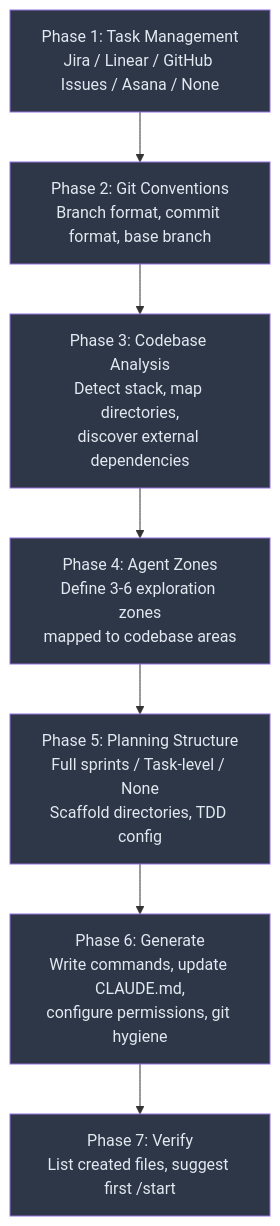
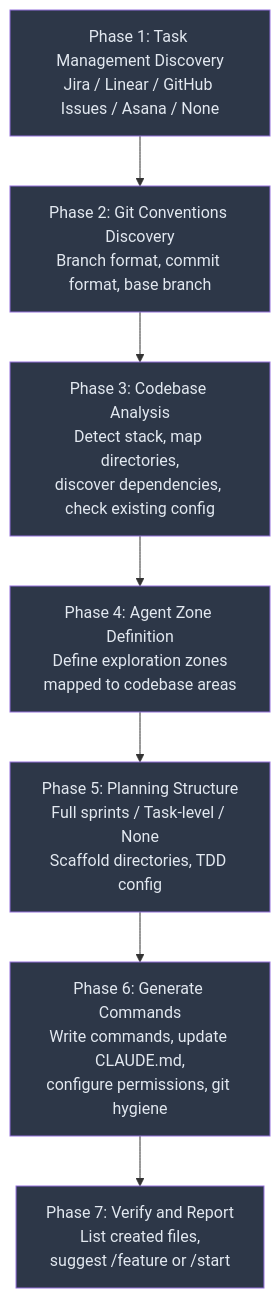
The second of 6 diagrams in README.md (StudioMopoke/agentic-bootstrap), drawn with Mermaid before and after one commit. The commit also changed other lines of this file and 1 other file, not shown here.

First line of the commit message:
Fix consistency issues and sharpen /feature vs /discuss boundary

````diff
--- a/README.md
+++ b/README.md
@@ -74,20 +74,20 @@
 ```mermaid
 flowchart TD
-    P1["Phase 1: Task Management\nJira / Linear / GitHub Issues / Asana / None"]
-    P2["Phase 2: Git Conventions\nBranch format, commit format, base branch"]
-    P3["Phase 3: Codebase Analysis\nDetect stack, map directories,\ndiscover external dependencies"]
-    P4["Phase 4: Agent Zones\nDefine 3-6 exploration zones\nmapped to codebase areas"]
+    P1["Phase 1: Task Management Discovery\nJira / Linear / GitHub Issues / Asana / None"]
+    P2["Phase 2: Git Conventions Discovery\nBranch format, commit format, base branch"]
+    P3["Phase 3: Codebase Analysis\nDetect stack, map directories,\ndiscover dependencies, check existing config"]
+    P4["Phase 4: Agent Zone Definition\nDefine exploration zones\nmapped to codebase areas"]
     P5["Phase 5: Planning Structure\nFull sprints / Task-level / None\nScaffold directories, TDD config"]
-    P6["Phase 6: Generate\nWrite commands, update CLAUDE.md,\nconfigure permissions, git hygiene"]
-    P7["Phase 7: Verify\nList created files, suggest first /start"]
+    P6["Phase 6: Generate Commands\nWrite commands, update CLAUDE.md,\nconfigure permissions, git hygiene"]
+    P7["Phase 7: Verify and Report\nList created files,\nsuggest /feature or /start"]
 
     P1 --> P2 --> P3 --> P4 --> P5 --> P6 --> P7
 
     style P1 fill:#2d3748,color:#e2e8f0
     style P2 fill:#2d3748,color:#e2e8f0
     style P3 fill:#2d3748,color:#e2e8f0
     style P4 fill:#2d3748,color:#e2e8f0
     style P5 fill:#2d3748,color:#e2e8f0
     style P6 fill:#2d3748,color:#e2e8f0
     style P7 fill:#2d3748,color:#e2e8f0
 ```
````
